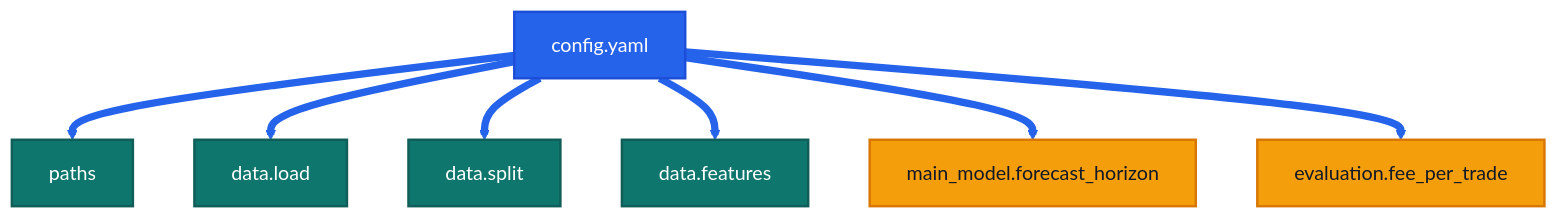
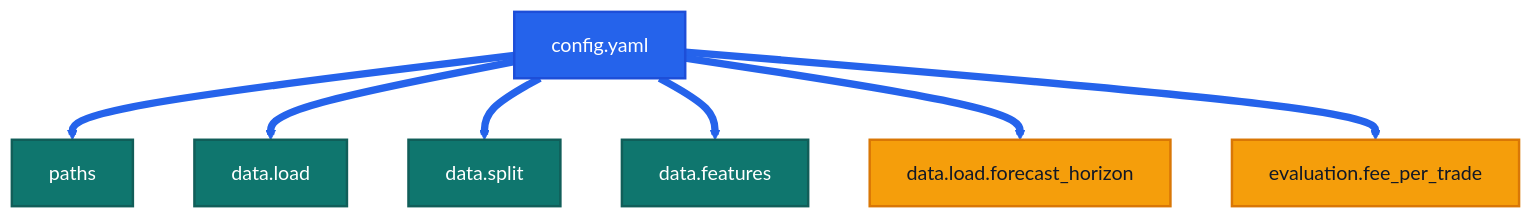
The second of 2 diagrams in README.md (Pablo-Molla-Charlez/SecondaryModel), drawn with Mermaid before and after one commit. The commit also changed other lines of this file and 1 other file, not shown here.

````diff
--- a/README.md
+++ b/README.md
@@ -60,17 +60,17 @@
 ```mermaid
 %%{init: {'theme': 'base', 'themeVariables': { 'primaryColor': '#2563eb', 'primaryBorderColor': '#1d4ed8', 'primaryTextColor': '#ffffff', 'secondaryColor': '#f59e0b', 'tertiaryColor': '#dcfce7', 'lineColor': '#0f172a', 'background': '#ffffff'}}}%%
 flowchart TD
     A[config.yaml] --> B[paths]
     A --> C[data.load]
     A --> D[data.split]
     A --> E[data.features]
-    A --> F[main_model.forecast_horizon]
+    A --> F[data.load.forecast_horizon]
     A --> G[evaluation.fee_per_trade]
     classDef root fill:#2563eb,stroke:#1d4ed8,color:#ffffff,stroke-width:2px;
     classDef group fill:#0f766e,stroke:#115e59,color:#ffffff,stroke-width:2px;
     classDef detail fill:#f59e0b,stroke:#d97706,color:#111827,stroke-width:2px;
     class A root;
     class B,C,D,E group;
     class F,G detail;
     linkStyle 0,1,2,3,4,5 stroke:#2563eb,stroke-width:6px;
 ```
````
